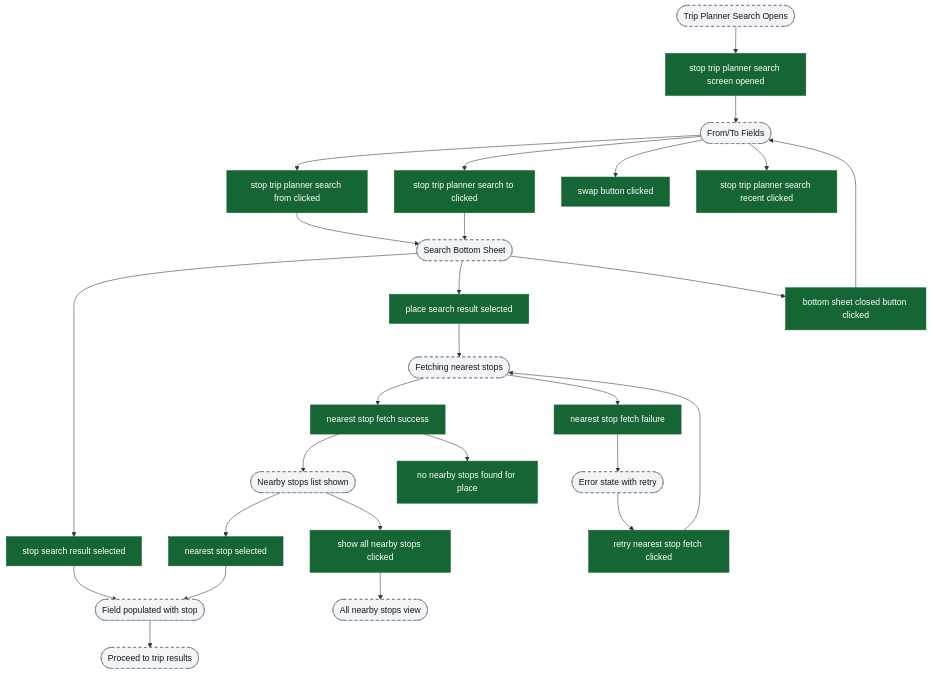
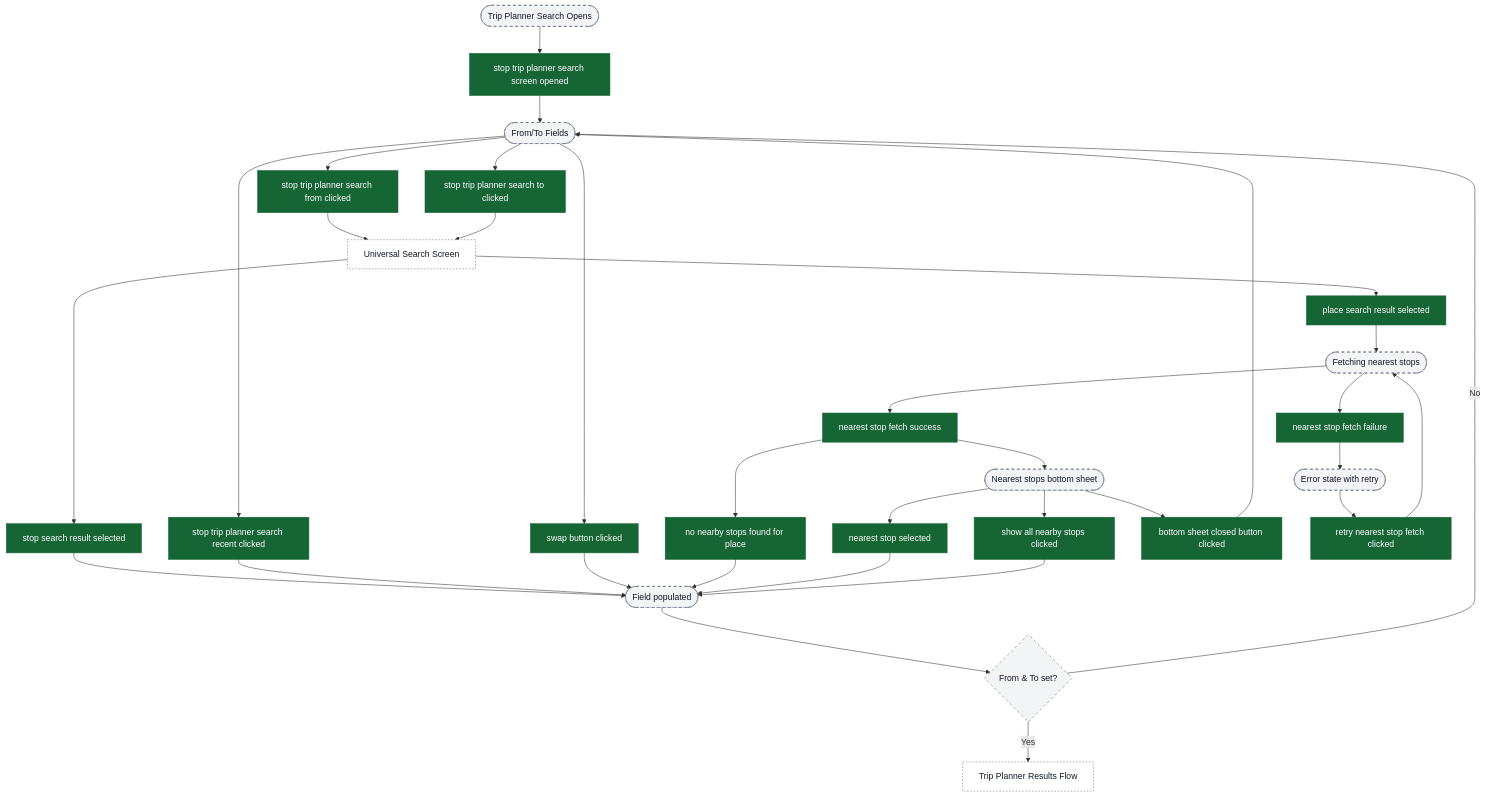
The fourth of 7 diagrams in content/analytics/search/flow-diagrams.md (ratulsarna/chalo-app-dashboard), drawn with Mermaid before and after one commit. The commit also changed other lines of this file and 1 other file, not shown here.

Commit message:
feat(analytics): standardize event property names and update flow diagrams for search analytics

````diff
--- a/content/analytics/search/flow-diagrams.md
+++ b/content/analytics/search/flow-diagrams.md
@@ -101,48 +104,55 @@
 ```mermaid
 flowchart TD
   ui_tripPlannerOpen([Trip Planner Search Opens]) --> ev_screenOpened["stop trip planner search screen opened"]
 
   ev_screenOpened --> ui_fromToFields([From/To Fields])
 
   ui_fromToFields --> ev_fromClicked["stop trip planner search from clicked"]
   ui_fromToFields --> ev_toClicked["stop trip planner search to clicked"]
   ui_fromToFields --> ev_swapClicked["swap button clicked"]
   ui_fromToFields --> ev_recentClicked["stop trip planner search recent clicked"]
 
-  ev_fromClicked --> ui_searchBottomSheet([Search Bottom Sheet])
-  ev_toClicked --> ui_searchBottomSheet
+  ev_fromClicked --> ext_universalSearch[Universal Search Screen]
+  ev_toClicked --> ext_universalSearch
 
-  ui_searchBottomSheet --> ev_stopSelected["stop search result selected"]
-  ui_searchBottomSheet --> ev_placeSelected["place search result selected"]
+  ext_universalSearch --> ev_stopSelected["stop search result selected"]
+  ext_universalSearch --> ev_placeSelected["place search result selected"]
 
-  ev_stopSelected --> ui_fieldPopulated([Field populated with stop])
+  ev_stopSelected --> ui_fieldPopulated([Field populated])
 
   ev_placeSelected --> ui_nearestStopFetch([Fetching nearest stops])
   ui_nearestStopFetch --> ev_fetchSuccess["nearest stop fetch success"]
   ui_nearestStopFetch --> ev_fetchFailure["nearest stop fetch failure"]
 
-  ev_fetchSuccess --> ui_nearbyStopsList([Nearby stops list shown])
+  ev_fetchSuccess --> ui_nearbyStopsSheet([Nearest stops bottom sheet])
   ev_fetchSuccess --> ev_noStops["no nearby stops found for place"]
 
-  ui_nearbyStopsList --> ev_stopSelectedFromNearby["nearest stop selected"]
-  ui_nearbyStopsList --> ev_showAllClicked["show all nearby stops clicked"]
-
-  ev_stopSelectedFromNearby --> ui_fieldPopulated
-  ev_showAllClicked --> ui_allNearbyStops([All nearby stops view])
+  ui_nearbyStopsSheet --> ev_stopSelectedFromNearby["nearest stop selected"]
+  ui_nearbyStopsSheet --> ev_showAllClicked["show all nearby stops clicked"]
+  ui_nearbyStopsSheet --> ev_bottomSheetClosed["bottom sheet closed button clicked"]
 
   ev_fetchFailure --> ui_errorRetry([Error state with retry])
   ui_errorRetry --> ev_retryClicked["retry nearest stop fetch clicked"]
   ev_retryClicked --> ui_nearestStopFetch
 
-  ui_searchBottomSheet --> ev_bottomSheetClosed["bottom sheet closed button clicked"]
+  ev_recentClicked --> ui_fieldPopulated
+  ev_swapClicked --> ui_fieldPopulated
+  ev_noStops --> ui_fieldPopulated
+  ev_stopSelectedFromNearby --> ui_fieldPopulated
+  ev_showAllClicked --> ui_fieldPopulated
+
+  ui_fieldPopulated --> ui_readyToSearch{From & To set?}
+  ui_readyToSearch -->|Yes| ext_tripPlannerResults[Trip Planner Results Flow]
+  ui_readyToSearch -->|No| ui_fromToFields
   ev_bottomSheetClosed --> ui_fromToFields
 
-  ui_fieldPopulated --> ui_proceedToResults([Proceed to trip results])
+  %%chalo:diagram-link ext_universalSearch -> title:Universal Search Flow (Main Funnel)
 
   classDef event fill:#166534,stroke:#166534,color:#ffffff;
   classDef ui fill:#f3f4f6,stroke:#6b7280,stroke-dasharray: 5 5,color:#111827;
   classDef external fill:#ffffff,stroke:#6b7280,stroke-dasharray: 3 3,color:#111827;
 
   class ev_screenOpened,ev_fromClicked,ev_toClicked,ev_swapClicked,ev_recentClicked,ev_stopSelected,ev_placeSelected,ev_fetchSuccess,ev_fetchFailure,ev_noStops,ev_stopSelectedFromNearby,ev_showAllClicked,ev_retryClicked,ev_bottomSheetClosed event;
-  class ui_tripPlannerOpen,ui_fromToFields,ui_searchBottomSheet,ui_fieldPopulated,ui_nearestStopFetch,ui_nearbyStopsList,ui_allNearbyStops,ui_errorRetry,ui_proceedToResults ui;
+  class ui_tripPlannerOpen,ui_fromToFields,ui_fieldPopulated,ui_readyToSearch,ui_nearestStopFetch,ui_nearbyStopsSheet,ui_errorRetry ui;
+  class ext_universalSearch,ext_tripPlannerResults external;
 ```
````
